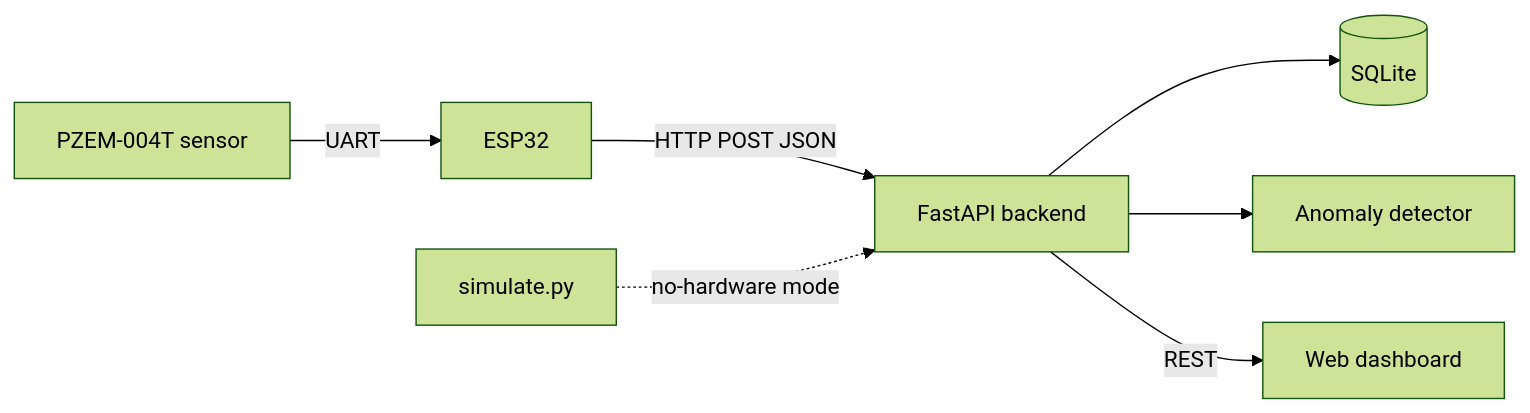
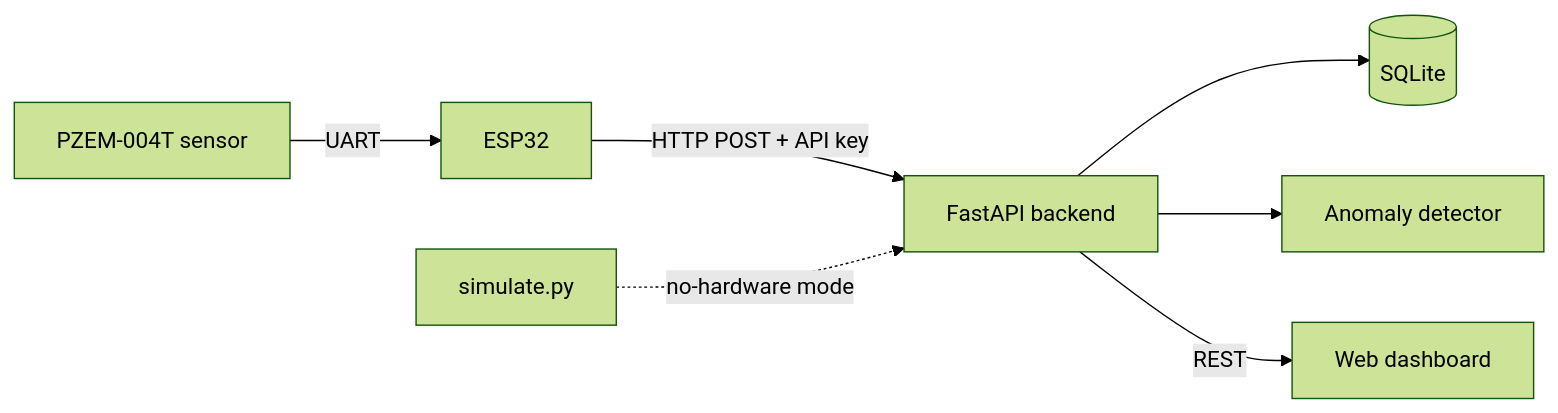
One commit to Anggass-piw/iot-power-monitor changed the diagram in README.md. Above: the diagram before and after it, drawn with Mermaid (forest theme). The commit also changed other lines of this file, not shown here.

````diff
--- a/README.md
+++ b/README.md
@@ -7,9 +7,9 @@
 ```mermaid
 flowchart LR
   A[PZEM-004T sensor] -->|UART| B[ESP32]
-  B -->|HTTP POST JSON| C[FastAPI backend]
+  B -->|HTTP POST + API key| C[FastAPI backend]
   S[simulate.py] -.->|no-hardware mode| C
   C --> D[(SQLite)]
   C --> E[Anomaly detector]
   C -->|REST| F[Web dashboard]
 ```
````
